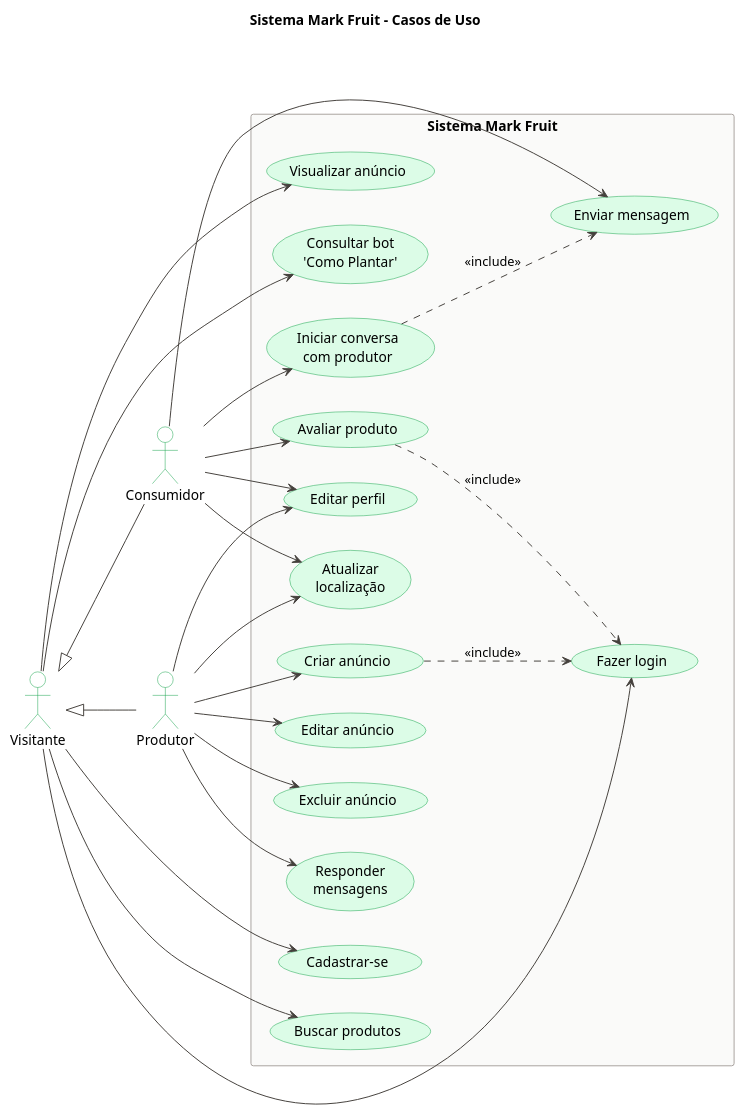
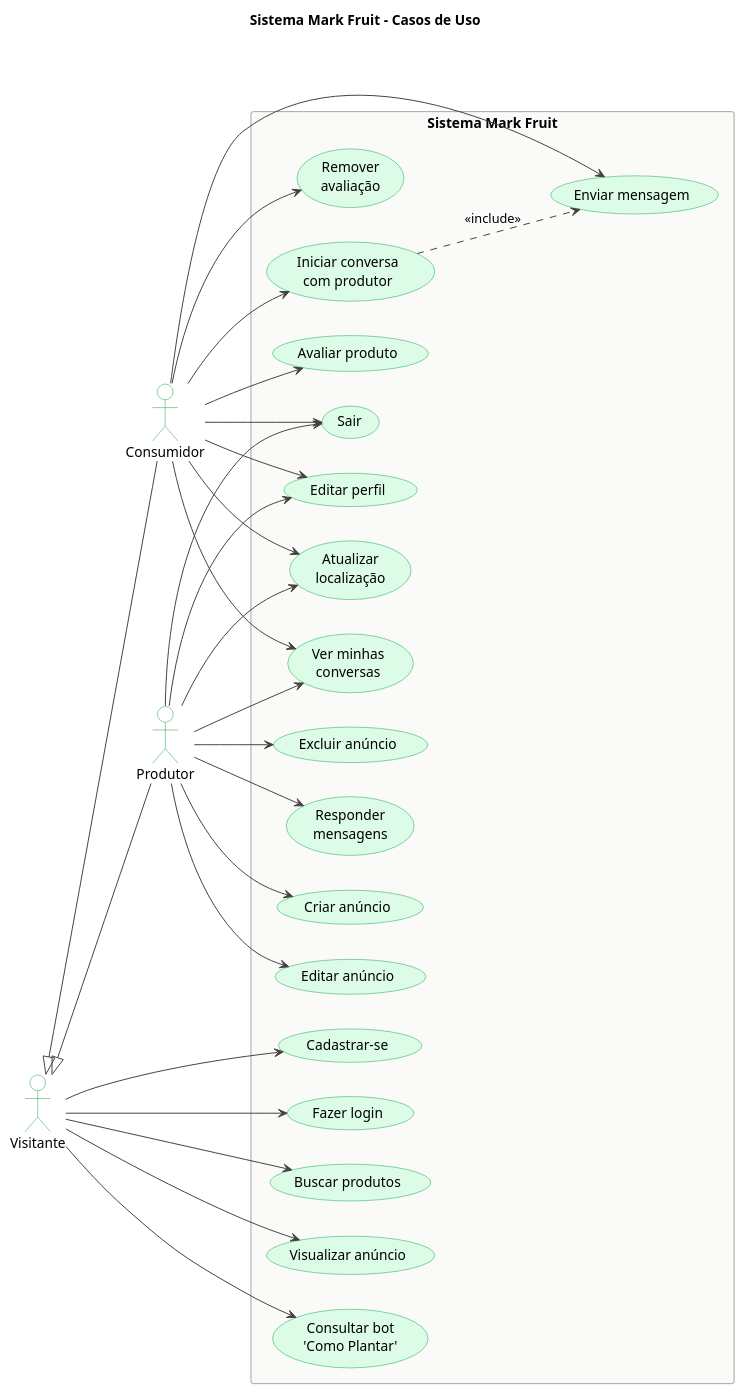
The diagram in docs/casos-de-uso.puml (leopimenta0222-dev/mark-fruit), drawn with PlantUML before and after one commit.

Commit message:
Completa diagrama de casos de uso
- Adiciona Sair, Ver minhas conversas e Remover avaliacao
- Remove relacoes <<include>> com Fazer login (sao pre-condicoes,
  nao includes verdadeiros)
- Organiza por agrupamento de casos (Acesso, Conta, Consumidor, Produtor)

```diff
--- a/docs/casos-de-uso.puml
+++ b/docs/casos-de-uso.puml
@@ -1,86 +1,96 @@
 @startuml CasosDeUsoMarkFruit
 ' Mark Fruit - Diagrama de Casos de Uso
-' Cole este codigo em https://www.plantuml.com/plantuml/uml/
+' Cole este codigo em https://www.plantuml.com/plantuml/uml/ ou https://planttext.com/
 
 skinparam backgroundColor #FFFFFF
 skinparam usecase {
     BackgroundColor #DCFCE7
     BorderColor #16A34A
     ArrowColor #44403C
 }
 skinparam actor {
     BackgroundColor #FFFFFF
     BorderColor #16A34A
 }
 skinparam rectangle {
     BackgroundColor #FAFAF9
     BorderColor #A8A29E
 }
+skinparam packageStyle rectangle
 
 left to right direction
 title Sistema Mark Fruit - Casos de Uso
 
 ' === Atores ===
 actor "Visitante" as V
 actor "Consumidor" as C
 actor "Produtor" as P
 
 ' Heranca: Consumidor e Produtor sao usuarios autenticados
 ' (herdam tudo que o Visitante pode fazer)
 V <|-- C
 V <|-- P
 
 ' === Sistema ===
 rectangle "Sistema Mark Fruit" {
 
-    ' Casos de uso do Visitante (publico)
+    ' Acesso (publico - Visitante)
     usecase "Cadastrar-se" as UC1
     usecase "Fazer login" as UC2
     usecase "Buscar produtos" as UC3
     usecase "Visualizar anúncio" as UC4
     usecase "Consultar bot\n'Como Plantar'" as UC5
 
-    ' Casos de uso do Consumidor
-    usecase "Avaliar produto" as UC6
-    usecase "Iniciar conversa\ncom produtor" as UC7
-    usecase "Enviar mensagem" as UC8
+    ' Conta autenticada (Consumidor e Produtor)
+    usecase "Sair" as UC6
+    usecase "Editar perfil" as UC7
+    usecase "Atualizar\nlocalização" as UC8
+    usecase "Ver minhas\nconversas" as UC9
 
-    ' Casos de uso do Produtor
-    usecase "Criar anúncio" as UC9
-    usecase "Editar anúncio" as UC10
-    usecase "Excluir anúncio" as UC11
-    usecase "Responder\nmensagens" as UC12
+    ' Consumidor
+    usecase "Avaliar produto" as UC10
+    usecase "Remover\navaliação" as UC11
+    usecase "Iniciar conversa\ncom produtor" as UC12
+    usecase "Enviar mensagem" as UC13
 
-    ' Comuns ao Consumidor e Produtor
-    usecase "Editar perfil" as UC13
-    usecase "Atualizar\nlocalização" as UC14
+    ' Produtor
+    usecase "Criar anúncio" as UC14
+    usecase "Editar anúncio" as UC15
+    usecase "Excluir anúncio" as UC16
+    usecase "Responder\nmensagens" as UC17
 }
 
-' === Relacoes Visitante ===
+' === Relacoes do Visitante ===
 V --> UC1
 V --> UC2
 V --> UC3
 V --> UC4
 V --> UC5
 
-' === Relacoes Consumidor ===
+' === Relacoes comuns (Consumidor e Produtor) ===
 C --> UC6
 C --> UC7
 C --> UC8
+C --> UC9
+P --> UC6
+P --> UC7
+P --> UC8
+P --> UC9
+
+' === Especificas do Consumidor ===
+C --> UC10
+C --> UC11
+C --> UC12
 C --> UC13
-C --> UC14
 
-' === Relacoes Produtor ===
-P --> UC9
-P --> UC10
-P --> UC11
-P --> UC12
-P --> UC13
+' === Especificas do Produtor ===
 P --> UC14
+P --> UC15
+P --> UC16
+P --> UC17
 
-' Relacionamentos entre casos de uso
-UC7 ..> UC8 : <<include>>
-UC9 ..> UC2 : <<include>>
-UC6 ..> UC2 : <<include>>
+' === Relacionamento <<include>> verdadeiro ===
+' Iniciar uma conversa sempre envolve enviar a primeira mensagem.
+UC12 ..> UC13 : <<include>>
 
 @enduml
```
